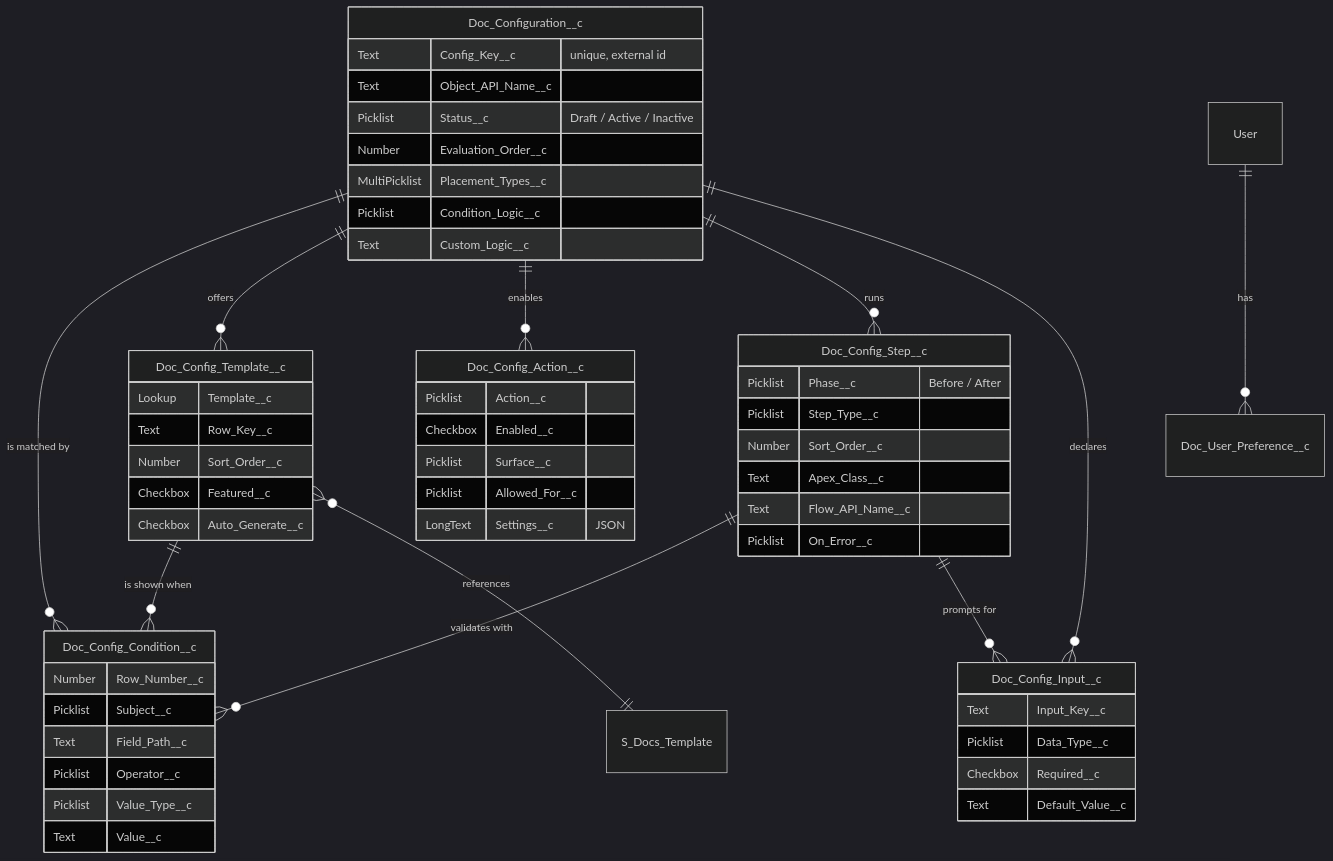
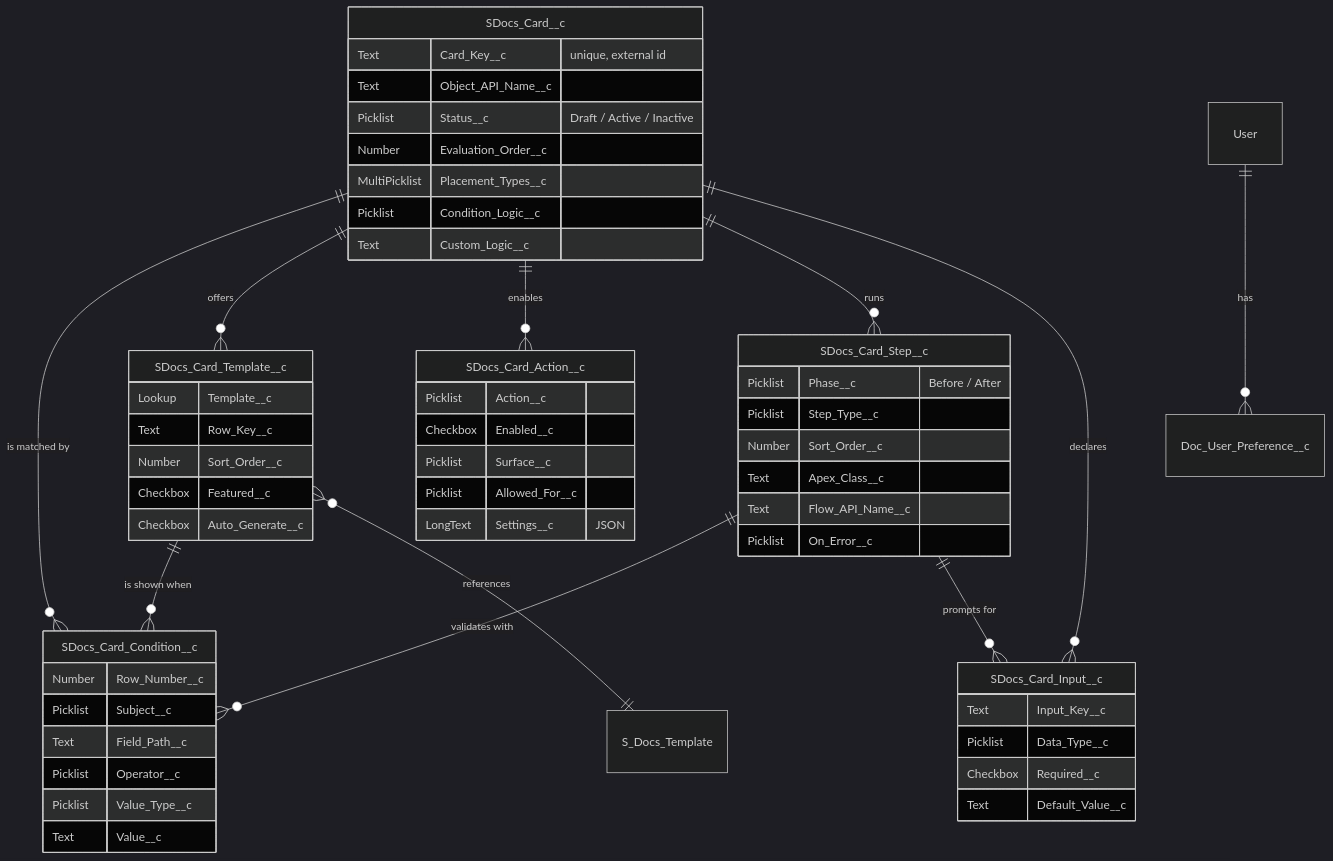
Before and after one commit to anand-sdocs/ux-prototypes: the first of 2 diagrams in salesforce_lwc_2_0/data-model.md, drawn with Mermaid (dark theme). The commit also changed other lines of this file and 6 other files, not shown here.

````diff
--- a/salesforce_lwc_2_0/data-model.md
+++ b/salesforce_lwc_2_0/data-model.md
@@ -60,59 +60,59 @@
 ```mermaid
 erDiagram
-    Doc_Configuration__c ||--o{ Doc_Config_Condition__c : "is matched by"
-    Doc_Configuration__c ||--o{ Doc_Config_Template__c : "offers"
-    Doc_Configuration__c ||--o{ Doc_Config_Action__c : "enables"
-    Doc_Configuration__c ||--o{ Doc_Config_Step__c : "runs"
-    Doc_Configuration__c ||--o{ Doc_Config_Input__c : "declares"
-    Doc_Config_Step__c ||--o{ Doc_Config_Condition__c : "validates with"
-    Doc_Config_Template__c ||--o{ Doc_Config_Condition__c : "is shown when"
-    Doc_Config_Step__c ||--o{ Doc_Config_Input__c : "prompts for"
-    Doc_Config_Template__c }o--|| S_Docs_Template : "references"
+    SDocs_Card__c ||--o{ SDocs_Card_Condition__c : "is matched by"
+    SDocs_Card__c ||--o{ SDocs_Card_Template__c : "offers"
+    SDocs_Card__c ||--o{ SDocs_Card_Action__c : "enables"
+    SDocs_Card__c ||--o{ SDocs_Card_Step__c : "runs"
+    SDocs_Card__c ||--o{ SDocs_Card_Input__c : "declares"
+    SDocs_Card_Step__c ||--o{ SDocs_Card_Condition__c : "validates with"
+    SDocs_Card_Template__c ||--o{ SDocs_Card_Condition__c : "is shown when"
+    SDocs_Card_Step__c ||--o{ SDocs_Card_Input__c : "prompts for"
+    SDocs_Card_Template__c }o--|| S_Docs_Template : "references"
     User ||--o{ Doc_User_Preference__c : "has"
 
-    Doc_Configuration__c {
-        Text Config_Key__c "unique, external id"
+    SDocs_Card__c {
+        Text Card_Key__c "unique, external id"
         Text Object_API_Name__c
         Picklist Status__c "Draft / Active / Inactive"
         Number Evaluation_Order__c
         MultiPicklist Placement_Types__c
         Picklist Condition_Logic__c
         Text Custom_Logic__c
     }
-    Doc_Config_Condition__c {
+    SDocs_Card_Condition__c {
         Number Row_Number__c
         Picklist Subject__c
         Text Field_Path__c
         Picklist Operator__c
         Picklist Value_Type__c
         Text Value__c
     }
-    Doc_Config_Template__c {
+    SDocs_Card_Template__c {
         Lookup Template__c
         Text Row_Key__c
         Number Sort_Order__c
         Checkbox Featured__c
         Checkbox Auto_Generate__c
     }
-    Doc_Config_Action__c {
+    SDocs_Card_Action__c {
         Picklist Action__c
         Checkbox Enabled__c
         Picklist Surface__c
         Picklist Allowed_For__c
         LongText Settings__c "JSON"
     }
-    Doc_Config_Step__c {
+    SDocs_Card_Step__c {
         Picklist Phase__c "Before / After"
         Picklist Step_Type__c
         Number Sort_Order__c
         Text Apex_Class__c
         Text Flow_API_Name__c
         Picklist On_Error__c
     }
-    Doc_Config_Input__c {
+    SDocs_Card_Input__c {
         Text Input_Key__c
         Picklist Data_Type__c
         Checkbox Required__c
         Text Default_Value__c
     }
 ```
````
